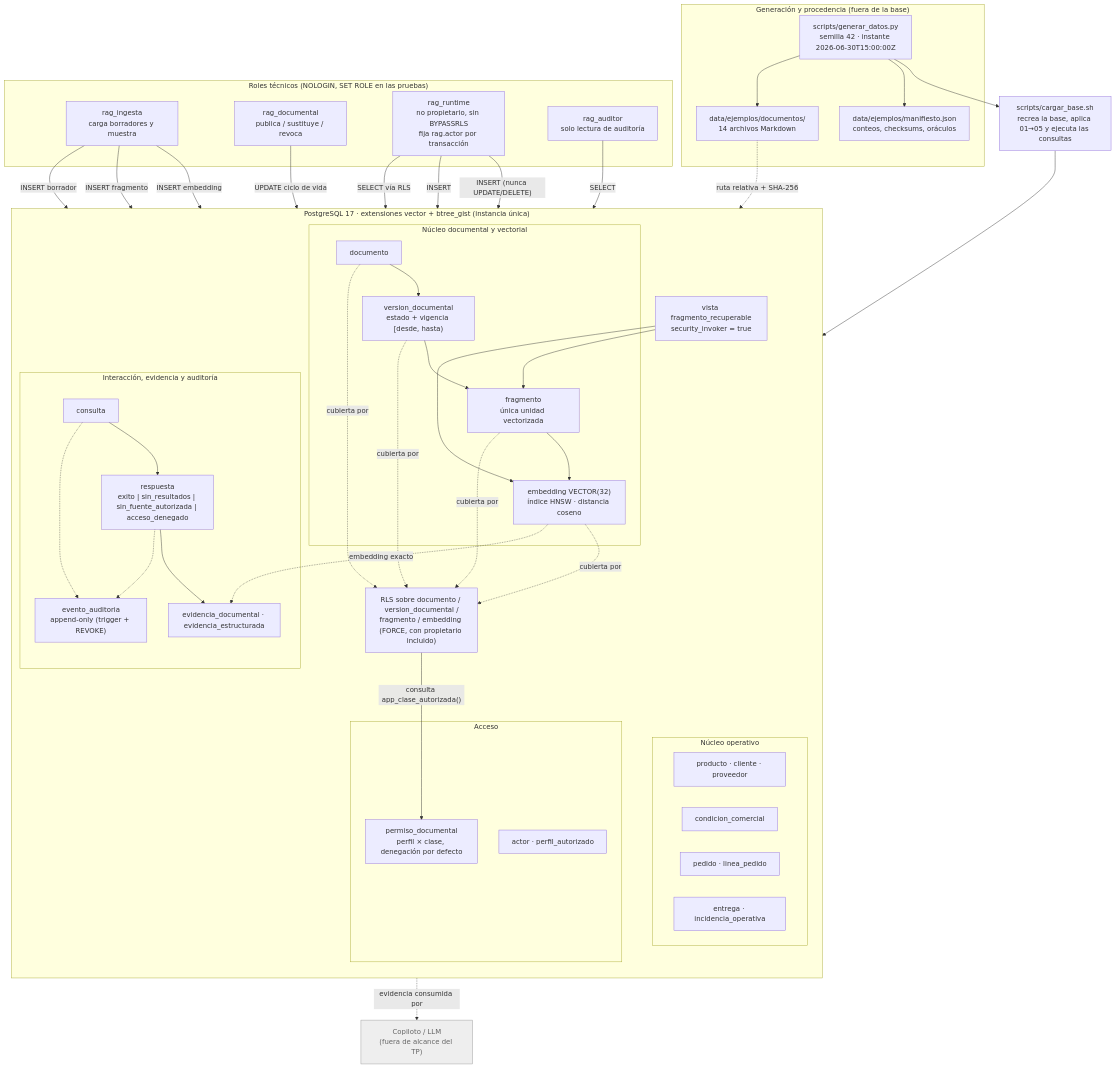
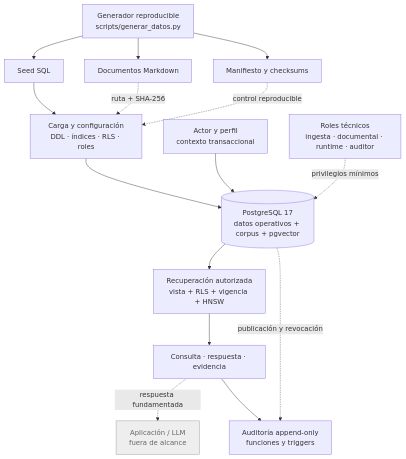
The diagram in docs/diagramas/arquitectura.mmd (martinmw13/rag-bdia-tp-final), drawn with Mermaid before and after one commit. The commit also changed 57 other files, not shown here.

First line of the commit message:
docs: simplificar y separar los diagramas (#28)

```diff
--- a/docs/diagramas/arquitectura.mmd
+++ b/docs/diagramas/arquitectura.mmd
@@ -1,93 +1,36 @@
-%% =============================================================================
-%% Arquitectura - Capa de datos para un copiloto RAG interno
-%% =============================================================================
-%% Núcleo único: una instancia de PostgreSQL con pgvector y btree_gist concentra
-%% datos operativos, documentales, vectoriales, de acceso, interacción y
-%% auditoría. No hay frontend, backend, API ni LLM: el copiloto es el contexto
-%% del problema, representado como un consumidor externo fuera de alcance.
-%% El flujo sigue docs/specs/.../impl-modelo-datos.md: generación sintética,
-%% carga, documento/versionado, fragmentación, embeddings, recuperación
-%% autorizada, evidencia y auditoría.
-%% Fuente de autoridad: README.md, db/estructura/, db/indices_vistas/05_seguridad.sql.
-%% =============================================================================
+%% Arquitectura general: un único recorrido de los datos.
+%% La aplicación y el LLM se muestran sólo como contexto y quedan fuera del TP.
 flowchart TD
-    subgraph ORIGEN["Generación y procedencia (fuera de la base)"]
-        GEN["scripts/generar_datos.py<br/>semilla 42 · instante 2026-06-30T15:00:00Z"]
-        DOCS["data/ejemplos/documentos/<br/>14 archivos Markdown"]
-        MANI["data/ejemplos/manifiesto.json<br/>conteos, checksums, oráculos"]
-        GEN --> DOCS
-        GEN --> MANI
-    end
+    GEN["Generador reproducible<br/>scripts/generar_datos.py"]
+    SQL["Seed SQL"]
+    DOCS["Documentos Markdown"]
+    MAN["Manifiesto y checksums"]
 
-    CARGA["scripts/cargar_base.sh<br/>recrea la base, aplica 01→05 y ejecuta las consultas"]
-    GEN --> CARGA
-    DOCS -. "ruta relativa + SHA-256" .-> VD
+    GEN --> SQL
+    GEN --> DOCS
+    GEN --> MAN
 
-    subgraph PG["PostgreSQL 17 · extensiones vector + btree_gist (instancia única)"]
-        direction TB
+    CARGA["Carga y configuración<br/>DDL · índices · RLS · roles"]
+    SQL --> CARGA
+    DOCS -. "ruta + SHA-256" .-> CARGA
+    MAN -. "control reproducible" .-> CARGA
 
-        subgraph OPERATIVO["Núcleo operativo"]
-            PROD["producto · cliente · proveedor"]
-            COND["condicion_comercial"]
-            PED["pedido · linea_pedido"]
-            ENT["entrega · incidencia_operativa"]
-        end
-
-        subgraph DOCUMENTAL["Núcleo documental y vectorial"]
-            DOC["documento"]
-            VD["version_documental<br/>estado + vigencia [desde, hasta)"]
-            FRAG["fragmento<br/>única unidad vectorizada"]
-            EMB["embedding VECTOR(32)<br/>índice HNSW · distancia coseno"]
-            DOC --> VD --> FRAG --> EMB
-        end
-
-        subgraph ACCESO["Acceso"]
-            ACTOR["actor · perfil_autorizado"]
-            PERM["permiso_documental<br/>perfil × clase, denegación por defecto"]
-        end
-
-        VISTA["vista fragmento_recuperable<br/>security_invoker = true"]
-        RLS["RLS sobre documento / version_documental /<br/>fragmento / embedding (FORCE, con propietario incluido)"]
-
-        subgraph INTERACCION["Interacción, evidencia y auditoría"]
-            CONS["consulta"]
-            RESP["respuesta<br/>exito | sin_resultados | sin_fuente_autorizada | acceso_denegado"]
-            EVD["evidencia_documental · evidencia_estructurada"]
-            AUD["evento_auditoria<br/>append-only (trigger + REVOKE)"]
-            CONS --> RESP --> EVD
-            CONS -.-> AUD
-            RESP -.-> AUD
-        end
-
-        FRAG -. "cubierta por" .-> RLS
-        EMB -. "cubierta por" .-> RLS
-        DOC -. "cubierta por" .-> RLS
-        VD -. "cubierta por" .-> RLS
-        RLS -->|"consulta app_clase_autorizada()"| PERM
-        VISTA --> FRAG
-        VISTA --> EMB
-        EMB -.->|"embedding exacto"| EVD
-    end
-
+    PG[("PostgreSQL 17<br/>datos operativos + corpus + pgvector")]
     CARGA --> PG
 
-    subgraph ROLES["Roles técnicos (NOLOGIN, SET ROLE en las pruebas)"]
-        R_ING["rag_ingesta<br/>carga borradores y muestra"]
-        R_DOC["rag_documental<br/>publica / sustituye / revoca"]
-        R_RUN["rag_runtime<br/>no propietario, sin BYPASSRLS<br/>fija rag.actor por transacción"]
-        R_AUD["rag_auditor<br/>solo lectura de auditoría"]
-    end
+    APP["Aplicación / LLM<br/>fuera de alcance"]
+    CONTEXTO["Actor y perfil<br/>contexto transaccional"]
+    REC["Recuperación autorizada<br/>vista + RLS + vigencia + HNSW"]
+    TRAZA["Consulta · respuesta · evidencia"]
+    AUD["Auditoría append-only<br/>funciones y triggers"]
 
-    R_ING -->|INSERT borrador| DOC
-    R_ING -->|"INSERT fragmento"| FRAG
-    R_ING -->|"INSERT embedding"| EMB
-    R_DOC -->|"UPDATE ciclo de vida"| VD
-    R_RUN -->|"SELECT vía RLS"| VISTA
-    R_RUN -->|"INSERT"| CONS
-    R_RUN -->|"INSERT (nunca UPDATE/DELETE)"| AUD
-    R_AUD -->|"SELECT"| AUD
+    CONTEXTO --> PG
+    PG --> REC --> TRAZA
+    TRAZA -. "respuesta fundamentada" .-> APP
+    TRAZA --> AUD
+    PG -. "publicación y revocación" .-> AUD
 
-    COPILOTO["Copiloto / LLM<br/>(fuera de alcance del TP)"]
-    RESP -. "evidencia consumida por" .-> COPILOTO
+    ROLES["Roles técnicos<br/>ingesta · documental · runtime · auditor"]
+    ROLES -. "privilegios mínimos" .-> PG
 
-    style COPILOTO fill:#eee,stroke:#999,color:#666
+    style APP fill:#eee,stroke:#999,color:#666
```
